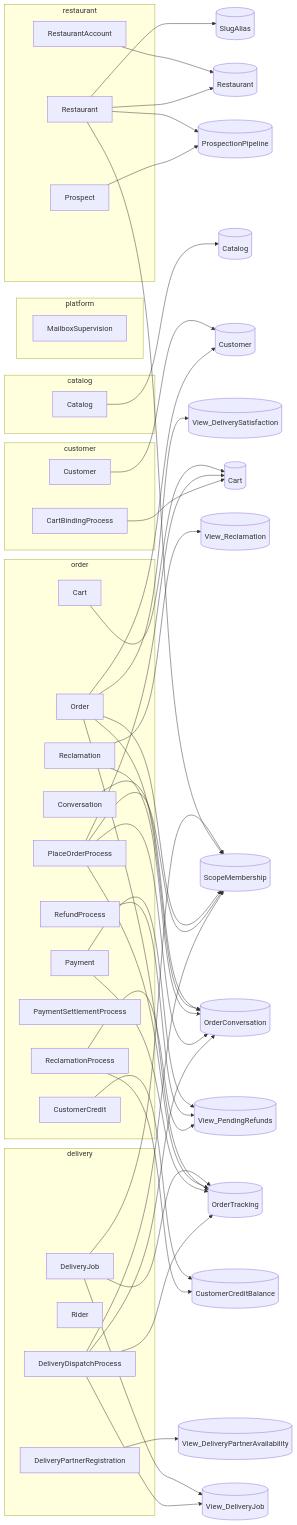
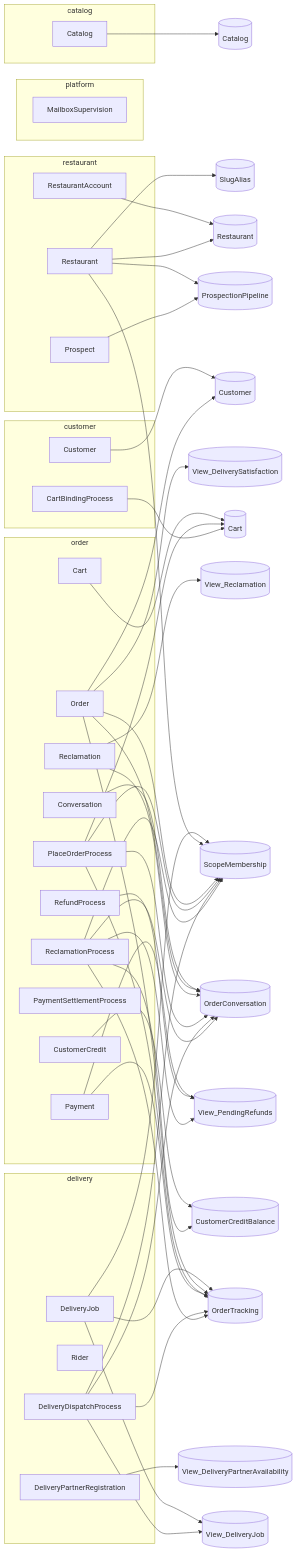
The second of 8 diagrams in specs/generated/c4.generated.md (TheCaptainCompany/captain-food), drawn with Mermaid before and after one commit. The commit also changed 39 other files, not shown here.

````diff
--- a/specs/generated/c4.generated.md
+++ b/specs/generated/c4.generated.md
@@ -265,4 +265,7 @@
   a_CartBindingProcess --> v_Cart
   a_ReclamationProcess --> v_CustomerCreditBalance
   a_ReclamationProcess --> v_View_PendingRefunds
+  a_ReclamationProcess --> v_OrderTracking
+  a_ReclamationProcess --> v_OrderConversation
+  a_ReclamationProcess --> v_ScopeMembership
 ```
````
